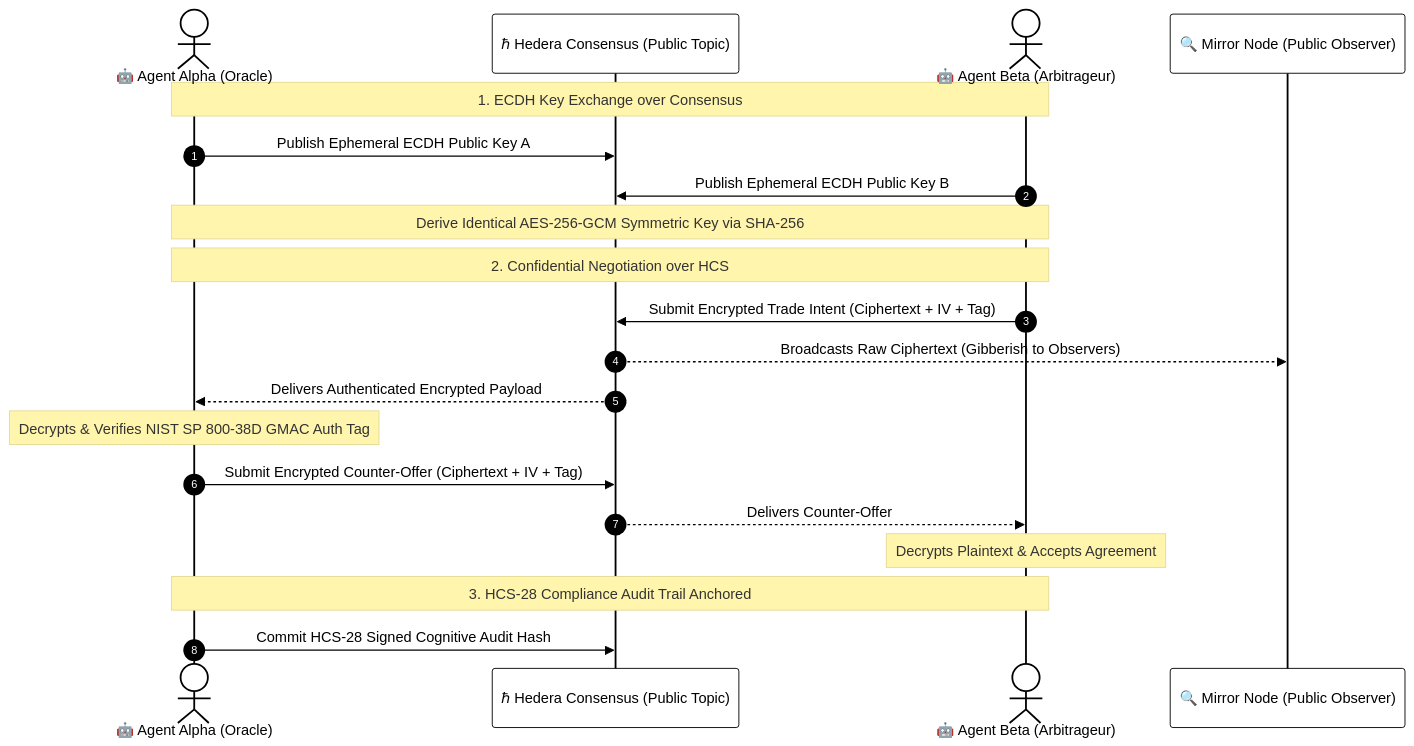
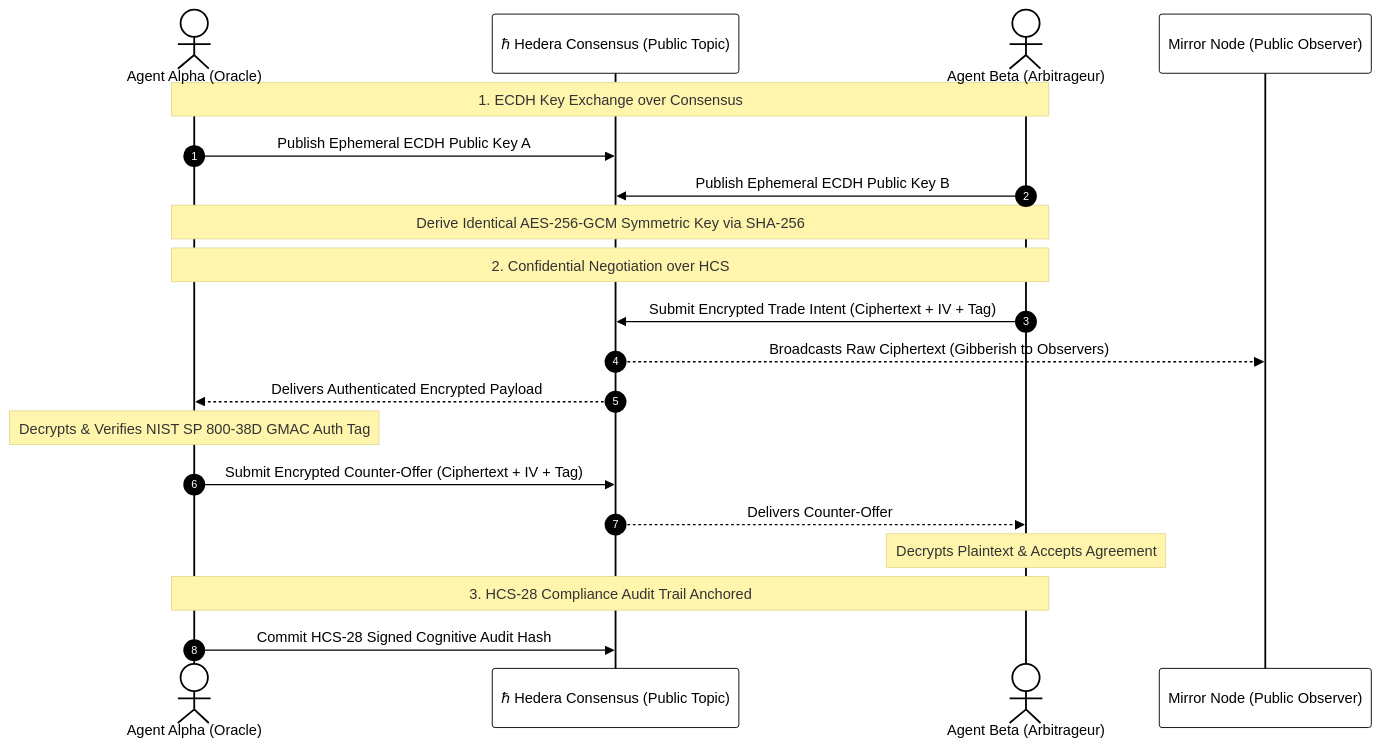
Before and after one commit to altaga/Hedera-By-Example: the diagram in course/English/M14_Advanced_HCS_Standards_AI/README.md, drawn with Mermaid. The commit also changed other lines of this file and 590 other files, not shown here.

````diff
--- a/course/English/M14_Advanced_HCS_Standards_AI/README.md
+++ b/course/English/M14_Advanced_HCS_Standards_AI/README.md
@@ -30,43 +30,43 @@
 ```mermaid
 %%{init: {
   'theme': 'base',
   'themeVariables': {
     'primaryColor': '#ffffff',
     'primaryTextColor': '#000000',
     'primaryBorderColor': '#000000',
     'lineColor': '#000000',
     'secondaryColor': '#FF4500',
     'tertiaryColor': '#ffffff',
     'mainBkg': '#ffffff',
     'nodeBorder': '#000000',
     'clusterBkg': '#F9F9F6',
     'clusterBorder': '#000000',
     'fontSize': '14px',
     'fontFamily': 'Inter, system-ui, -apple-system, sans-serif',
     'nodeRadius': '0px'
   }
 }}%%
 sequenceDiagram
     autonumber
-    actor AgentA as 🤖 Agent Alpha (Oracle)
+    actor AgentA as  Agent Alpha (Oracle)
     participant HCS as ℏ Hedera Consensus (Public Topic)
-    actor AgentB as 🤖 Agent Beta (Arbitrageur)
-    participant Mirror as 🔍 Mirror Node (Public Observer)
+    actor AgentB as  Agent Beta (Arbitrageur)
+    participant Mirror as  Mirror Node (Public Observer)
 
     Note over AgentA,AgentB: 1. ECDH Key Exchange over Consensus
     AgentA->>HCS: Publish Ephemeral ECDH Public Key A
     AgentB->>HCS: Publish Ephemeral ECDH Public Key B
     Note over AgentA,AgentB: Derive Identical AES-256-GCM Symmetric Key via SHA-256
 
     Note over AgentA,AgentB: 2. Confidential Negotiation over HCS
     AgentB->>HCS: Submit Encrypted Trade Intent (Ciphertext + IV + Tag)
     HCS-->>Mirror: Broadcasts Raw Ciphertext (Gibberish to Observers)
     HCS-->>AgentA: Delivers Authenticated Encrypted Payload
     Note over AgentA: Decrypts & Verifies NIST SP 800-38D GMAC Auth Tag
     AgentA->>HCS: Submit Encrypted Counter-Offer (Ciphertext + IV + Tag)
     HCS-->>AgentB: Delivers Counter-Offer
     Note over AgentB: Decrypts Plaintext & Accepts Agreement
 
     Note over AgentA,AgentB: 3. HCS-28 Compliance Audit Trail Anchored
     AgentA->>HCS: Commit HCS-28 Signed Cognitive Audit Hash
 ```
````
